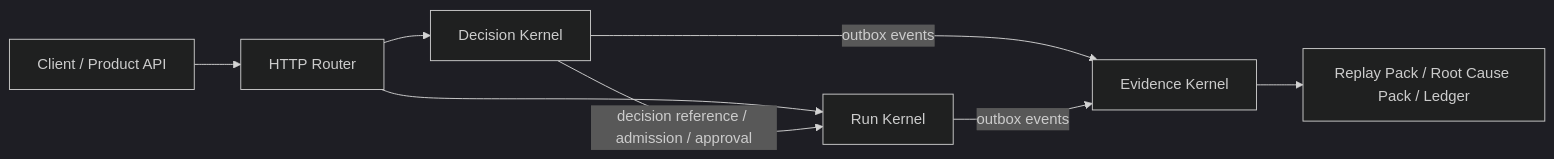
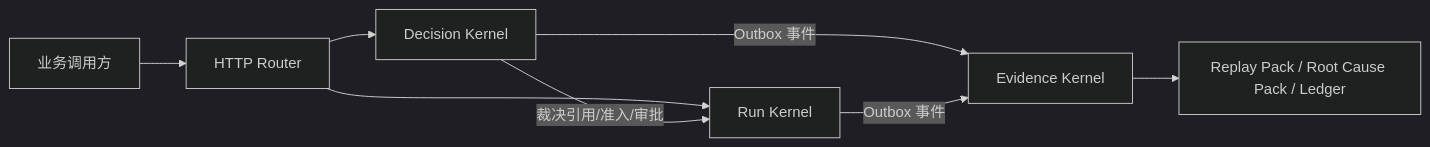
One commit to wandering-the-earth/agent_infra_system changed the diagram in README.md. Above: the diagram before and after it, drawn with Mermaid (dark theme). The commit also changed other lines of this file, not shown here.

````diff
--- a/README.md
+++ b/README.md
@@ -30,10 +38,10 @@
 ```mermaid
 flowchart LR
-  U[Client / Product API] --> H[HTTP Router]
+  U[业务调用方] --> H[HTTP Router]
   H --> D[Decision Kernel]
   H --> R[Run Kernel]
-  D -->|decision reference / admission / approval| R
-  D -->|outbox events| E[Evidence Kernel]
-  R -->|outbox events| E
+  D -->|裁决引用/准入/审批| R
+  D -->|Outbox 事件| E[Evidence Kernel]
+  R -->|Outbox 事件| E
   E --> X[Replay Pack / Root Cause Pack / Ledger]
 ```
````
